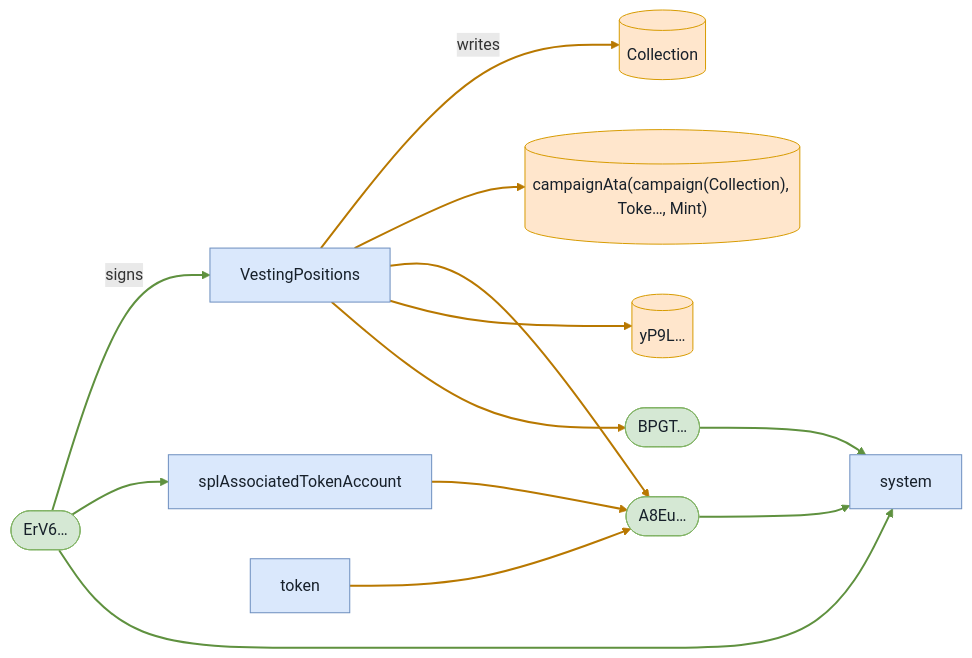
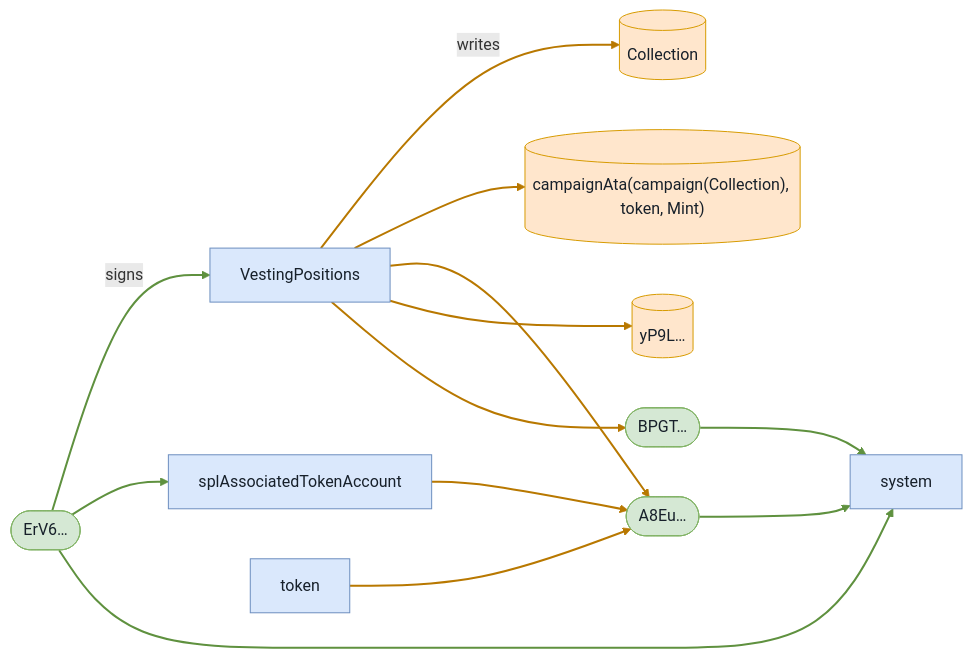
One commit to cds-turbin3/vesting-position changed the fifth of 6 diagrams in babelfish-tests/test-report/scenario_5_unwhitelisted_user_fails.md. Above: the diagram before and after it, drawn with Mermaid. The commit also changed other lines of this file and 104 other files, not shown here.

````diff
--- a/babelfish-tests/test-report/scenario_5_unwhitelisted_user_fails.md
+++ b/babelfish-tests/test-report/scenario_5_unwhitelisted_user_fails.md
@@ -247,30 +247,30 @@
 ```mermaid
 flowchart LR
     VestingPositions["VestingPositions"]:::program
     ErV6(["ErV6…"]):::signer
     Collection[("Collection")]:::state
-    campaignAtacampaignCollectionTokeMint[("campaignAta(campaign(Collection), Toke…, Mint)")]:::state
+    campaignAtacampaignCollectiontokenMint[("campaignAta(campaign(Collection), token, Mint)")]:::state
     A8Eu(["A8Eu…"]):::signer
     yP9L[("yP9L…")]:::state
     BPGT(["BPGT…"]):::signer
     splAssociatedTokenAccount["splAssociatedTokenAccount"]:::program
     token["token"]:::program
     system["system"]:::program
     ErV6 -->|signs| VestingPositions
     VestingPositions -->|writes| Collection
-    VestingPositions --> campaignAtacampaignCollectionTokeMint
+    VestingPositions --> campaignAtacampaignCollectiontokenMint
     VestingPositions --> A8Eu
     VestingPositions --> yP9L
     VestingPositions --> BPGT
     ErV6 --> splAssociatedTokenAccount
     splAssociatedTokenAccount --> A8Eu
     ErV6 --> system
     A8Eu --> system
     token --> A8Eu
     BPGT --> system
     classDef program fill:#dae8fc,stroke:#6c8ebf,color:#17202a;
     classDef signer fill:#d5e8d4,stroke:#82b366,color:#17202a;
     classDef state fill:#ffe6cc,stroke:#d79b00,color:#17202a;
     linkStyle 0,6,8,9,11 stroke:#5f913f,stroke-width:2px
     linkStyle 1,2,3,4,5,7,10 stroke:#b87800,stroke-width:2px
 ```
````
